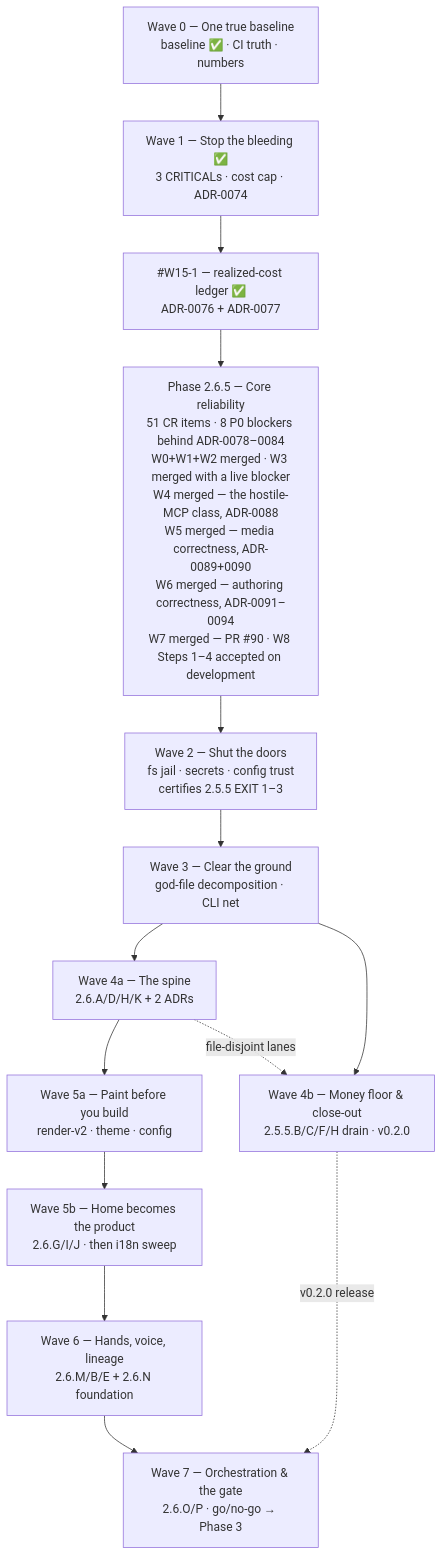
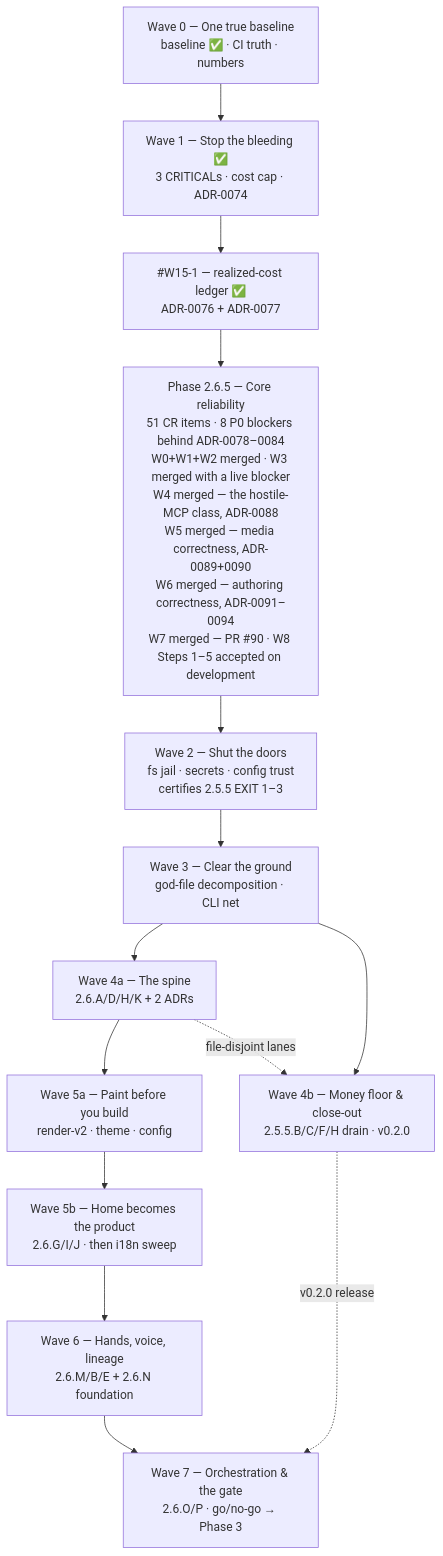
The diagram in docs/roadmap/current.md (HodeTech/Relavium), drawn with Mermaid before and after one commit. The commit also changed other lines of this file and 4 other files, not shown here.

````diff
--- a/docs/roadmap/current.md
+++ b/docs/roadmap/current.md
@@ -474,19 +476,19 @@
 ```mermaid
 flowchart TD
     W0["Wave 0 — One true baseline<br/>baseline ✅ · CI truth · numbers"]
     W1["Wave 1 — Stop the bleeding ✅<br/>3 CRITICALs · cost cap · ADR-0074"]
     LEDGER["#W15-1 — realized-cost ledger ✅<br/>ADR-0076 + ADR-0077"]
-    P265["Phase 2.6.5 — Core reliability<br/>51 CR items · 8 P0 blockers behind ADR-0078–0084<br/>W0+W1+W2 merged · W3 merged with a live blocker<br/>W4 merged — the hostile-MCP class, ADR-0088<br/>W5 merged — media correctness, ADR-0089+0090<br/>W6 merged — authoring correctness, ADR-0091–0094<br/>W7 merged — PR #90 · W8 Steps 1–4 accepted on development"]
+    P265["Phase 2.6.5 — Core reliability<br/>51 CR items · 8 P0 blockers behind ADR-0078–0084<br/>W0+W1+W2 merged · W3 merged with a live blocker<br/>W4 merged — the hostile-MCP class, ADR-0088<br/>W5 merged — media correctness, ADR-0089+0090<br/>W6 merged — authoring correctness, ADR-0091–0094<br/>W7 merged — PR #90 · W8 Steps 1–5 accepted on development"]
     W2["Wave 2 — Shut the doors<br/>fs jail · secrets · config trust<br/>certifies 2.5.5 EXIT 1–3"]
     W3["Wave 3 — Clear the ground<br/>god-file decomposition · CLI net"]
     W4a["Wave 4a — The spine<br/>2.6.A/D/H/K + 2 ADRs"]
     W4b["Wave 4b — Money floor & close-out<br/>2.5.5.B/C/F/H drain · v0.2.0"]
     W5a["Wave 5a — Paint before you build<br/>render-v2 · theme · config"]
     W5b["Wave 5b — Home becomes the product<br/>2.6.G/I/J · then i18n sweep"]
     W6["Wave 6 — Hands, voice, lineage<br/>2.6.M/B/E + 2.6.N foundation"]
     W7["Wave 7 — Orchestration & the gate<br/>2.6.O/P · go/no-go → Phase 3"]
     W0 --> W1 --> LEDGER --> P265 --> W2 --> W3 --> W4a --> W5a --> W5b --> W6 --> W7
     W3 --> W4b
     W4b -.->|v0.2.0 release| W7
     W4a -.->|file-disjoint lanes| W4b
 ```
````
